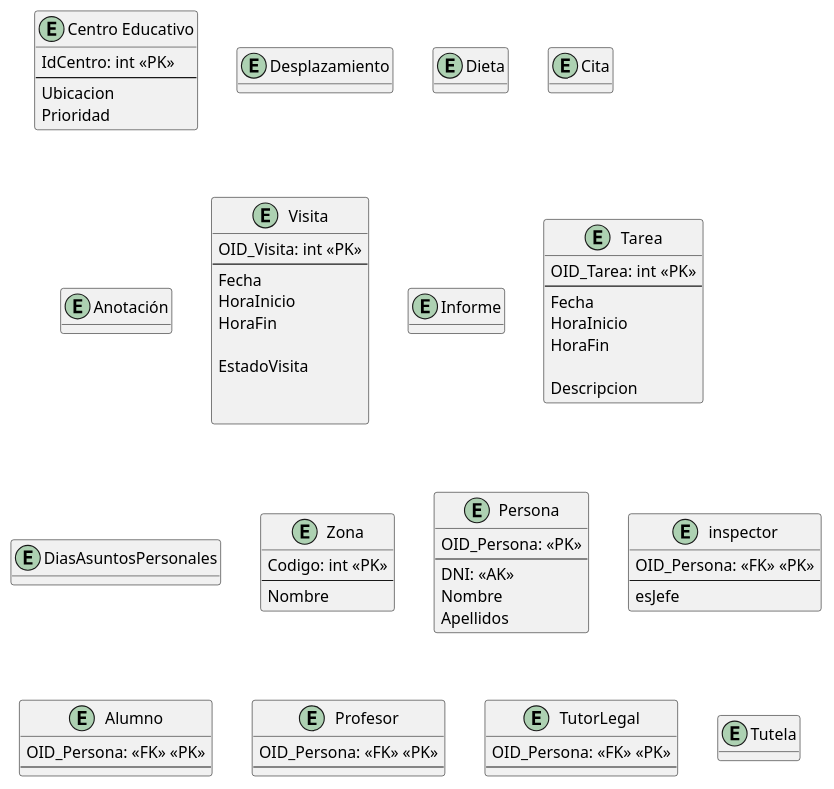
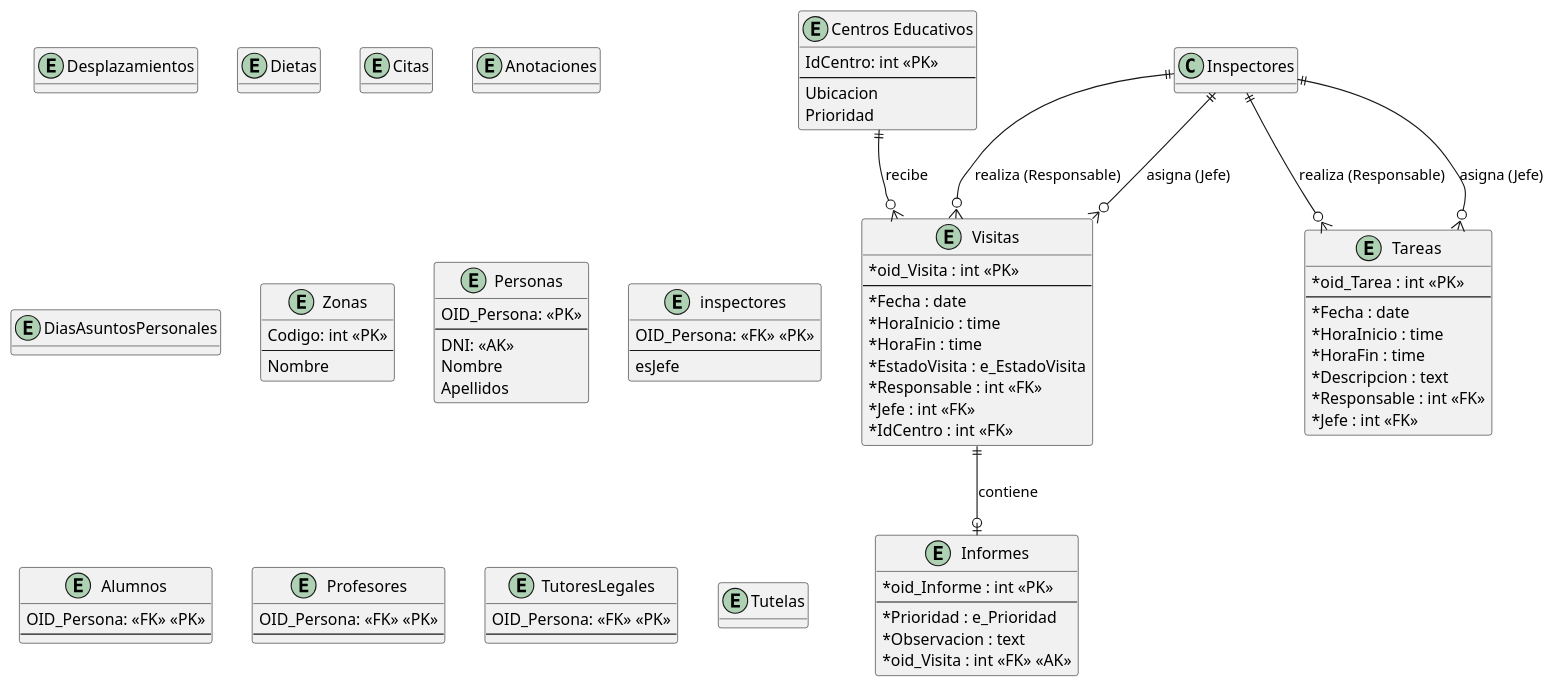
One commit to javiporti/ProyectoBD_Inspeccion_Educativa changed the diagram in modelado/modelado_relacional.puml. Above: the diagram before and after it, drawn with PlantUML.

Commit message:
Añade Visitas, Tareas e Informes al MR

```diff
--- a/modelado/modelado_relacional.puml
+++ b/modelado/modelado_relacional.puml
@@ -1,99 +1,109 @@
-@startuml modelado_conceptual
+@startuml modelado_relacional
 hide methods
 skinparam ClassAttributeIconSize 0
 
 
-entity "Centro Educativo" as CentroEducativo {
+entity "Centros Educativos" as CentrosEducativos {
     IdCentro: int <<PK>>
     --
     Ubicacion
     Prioridad
 }
 
-entity Desplazamiento {
+entity Desplazamientos {
 
 }
 
-entity Dieta {
+entity Dietas {
 
 }
 
-entity Cita {
+entity Citas {
 
 }
 
-entity Anotación {
+entity Anotaciones {
 
 }
 
-
-
-entity Visita {
-    OID_Visita: int <<PK>>
+entity Visitas {
+    *oid_Visita : int <<PK>>
     --
-    Fecha
-    HoraInicio
-    HoraFin
-
-    EstadoVisita
-
-
+    *Fecha : date
+    *HoraInicio : time
+    *HoraFin : time
+    *EstadoVisita : e_EstadoVisita
+    *Responsable : int <<FK>>
+    *Jefe : int <<FK>>
+    *IdCentro : int <<FK>>
 }
 
-entity Informe {
-
+entity Informes {
+    *oid_Informe : int <<PK>>
+    --
+    *Prioridad : e_Prioridad
+    *Observacion : text
+    *oid_Visita : int <<FK>> <<AK>>
 }
 
-entity Tarea {
-    OID_Tarea: int <<PK>>
+entity Tareas {
+    *oid_Tarea : int <<PK>>
     --
-    Fecha
-    HoraInicio
-    HoraFin
-
-    Descripcion
+    *Fecha : date
+    *HoraInicio : time
+    *HoraFin : time
+    *Descripcion : text
+    *Responsable : int <<FK>>
+    *Jefe : int <<FK>>
 }
 
 entity DiasAsuntosPersonales {
 
 }
 
-entity Zona {
+entity Zonas {
     Codigo: int <<PK>>
     --
     Nombre
 }
 
-entity Persona {
+entity Personas {
     OID_Persona: <<PK>>
     --
     DNI: <<AK>>
     Nombre
     Apellidos
 }
 
-entity inspector {
+entity inspectores {
     OID_Persona: <<FK>> <<PK>>
     --
     esJefe
 }
-entity Alumno {
+entity Alumnos {
     OID_Persona: <<FK>> <<PK>>
     --
 }
 
-entity Profesor {
+entity Profesores {
     OID_Persona: <<FK>> <<PK>>
     --
 }
 
-entity TutorLegal {
+entity TutoresLegales {
     OID_Persona: <<FK>> <<PK>>
     --
 }
 
-entity Tutela {
+entity Tutelas {
 
 }
 
+Inspectores ||--o{ Visitas : realiza (Responsable)
+Inspectores ||--o{ Visitas : asigna (Jefe)
+Inspectores ||--o{ Tareas : realiza (Responsable)
+Inspectores ||--o{ Tareas : asigna (Jefe)
+CentrosEducativos ||--o{ Visitas : recibe
+Visitas ||--o| Informes : contiene
+
 @enduml
```
